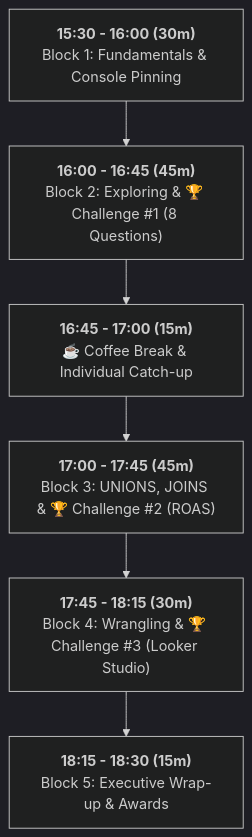
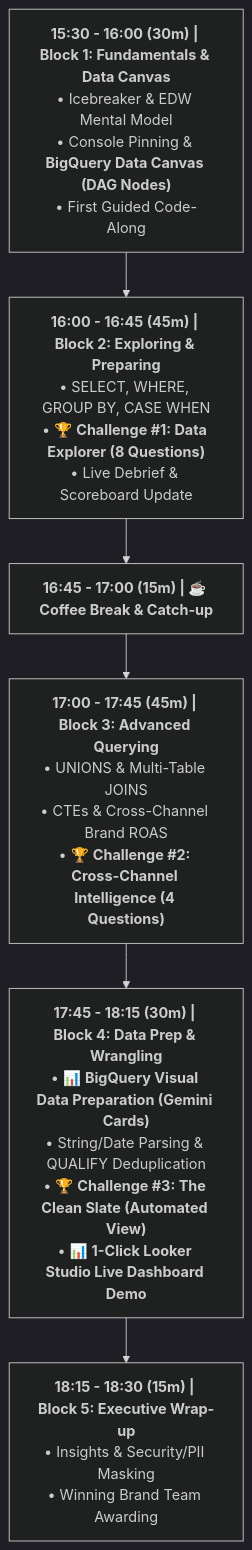
One commit to mauripsale/luxottica-bigquery-training changed the diagram in instructor_guide.md. Above: the diagram before and after it, drawn with Mermaid (dark theme). The commit also changed other lines of this file and 5 other files, not shown here.

Commit message:
Integrate BigQuery Data Canvas and BigQuery Studio Visual Data Prep features into 3-hour Luxottica training course

````diff
--- a/instructor_guide.md
+++ b/instructor_guide.md
@@ -15,8 +15,8 @@
 ```mermaid
 flowchart TD
-    Block1["<b>15:30 - 16:00 (30m)</b><br/>Block 1: Fundamentals & Console Pinning"] --> Block2["<b>16:00 - 16:45 (45m)</b><br/>Block 2: Exploring & 🏆 Challenge #1 (8 Questions)"]
-    Block2 --> Break["<b>16:45 - 17:00 (15m)</b><br/>☕ Coffee Break & Individual Catch-up"]
-    Break --> Block3["<b>17:00 - 17:45 (45m)</b><br/>Block 3: UNIONS, JOINS & 🏆 Challenge #2 (ROAS)"]
-    Block3 --> Block4["<b>17:45 - 18:15 (30m)</b><br/>Block 4: Wrangling & 🏆 Challenge #3 (Looker Studio)"]
-    Block4 --> Block5["<b>18:15 - 18:30 (15m)</b><br/>Block 5: Executive Wrap-up & Awards"]
+    Block1["<b>15:30 - 16:00 (30m) | Block 1: Fundamentals & Data Canvas</b><br/>• Icebreaker & EDW Mental Model<br/>• Console Pinning & <b>BigQuery Data Canvas (DAG Nodes)</b><br/>• First Guided Code-Along"] --> Block2["<b>16:00 - 16:45 (45m) | Block 2: Exploring & Preparing</b><br/>• SELECT, WHERE, GROUP BY, CASE WHEN<br/>• 🏆 <b>Challenge #1: Data Explorer (8 Questions)</b><br/>• Live Debrief & Scoreboard Update"]
+    Block2 --> Break["<b>16:45 - 17:00 (15m) | ☕ Coffee Break & Catch-up</b>"]
+    Break --> Block3["<b>17:00 - 17:45 (45m) | Block 3: Advanced Querying</b><br/>• UNIONS & Multi-Table JOINS<br/>• CTEs & Cross-Channel Brand ROAS<br/>• 🏆 <b>Challenge #2: Cross-Channel Intelligence (4 Questions)</b>"]
+    Block3 --> Block4["<b>17:45 - 18:15 (30m) | Block 4: Data Prep & Wrangling</b><br/>• 📊 <b>BigQuery Visual Data Preparation (Gemini Cards)</b><br/>• String/Date Parsing & QUALIFY Deduplication<br/>• 🏆 <b>Challenge #3: The Clean Slate (Automated View)</b><br/>• 📊 <b>1-Click Looker Studio Live Dashboard Demo</b>"]
+    Block4 --> Block5["<b>18:15 - 18:30 (15m) | Block 5: Executive Wrap-up</b><br/>• Insights & Security/PII Masking<br/>• Winning Brand Team Awarding"]
 ```
````
